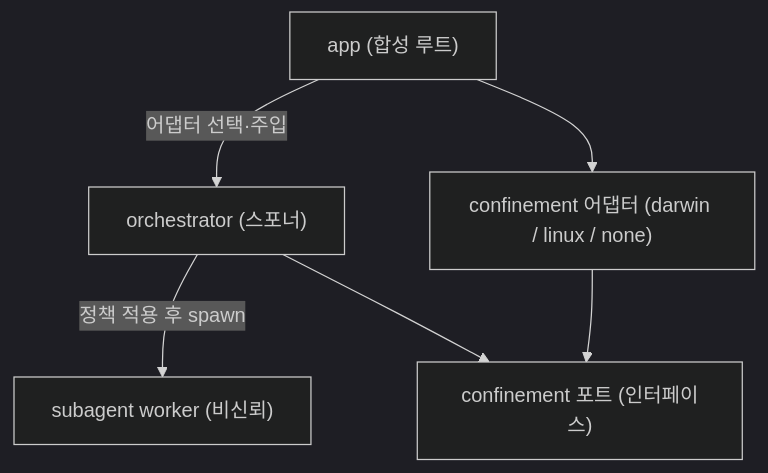
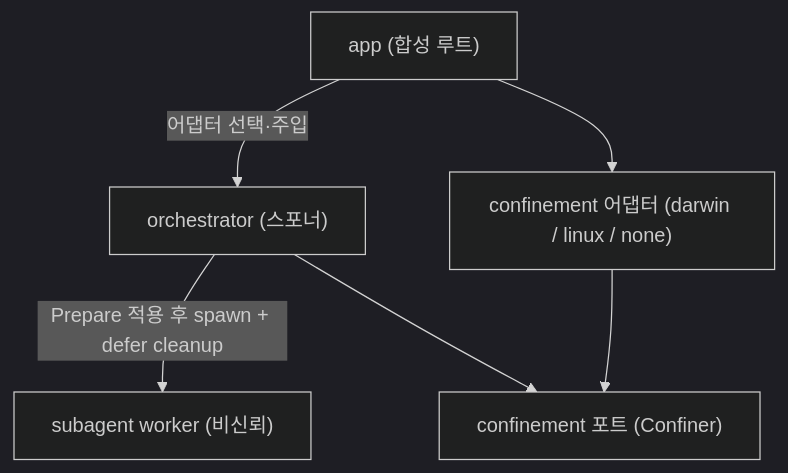
The diagram in docs/로드맵/11-os-수준-격리-및-악의-워커-차단/ROADMAP.md (RadiantCitron/authz-harness), drawn with Mermaid (dark theme) before and after one commit. The commit also changed other lines of this file and 4 other files, not shown here.

Commit message:
docs(roadmap-11): 호스트 커널 실측 및 코드 대조 기반 010~050 지시서·설계 정밀 보강

````diff
--- a/docs/로드맵/11-os-수준-격리-및-악의-워커-차단/ROADMAP.md
+++ b/docs/로드맵/11-os-수준-격리-및-악의-워커-차단/ROADMAP.md
@@ -17,8 +17,8 @@
 ```mermaid
 flowchart TD
   A["app (합성 루트)"] -->|"어댑터 선택·주입"| S["orchestrator (스포너)"]
   A --> M["confinement 어댑터 (darwin / linux / none)"]
-  S -->|"정책 적용 후 spawn"| W["subagent worker (비신뢰)"]
-  S --> P["confinement 포트 (인터페이스)"]
+  S -->|"Prepare 적용 후 spawn + defer cleanup"| W["subagent worker (비신뢰)"]
+  S --> P["confinement 포트 (Confiner)"]
   M --> P
 ```
````
